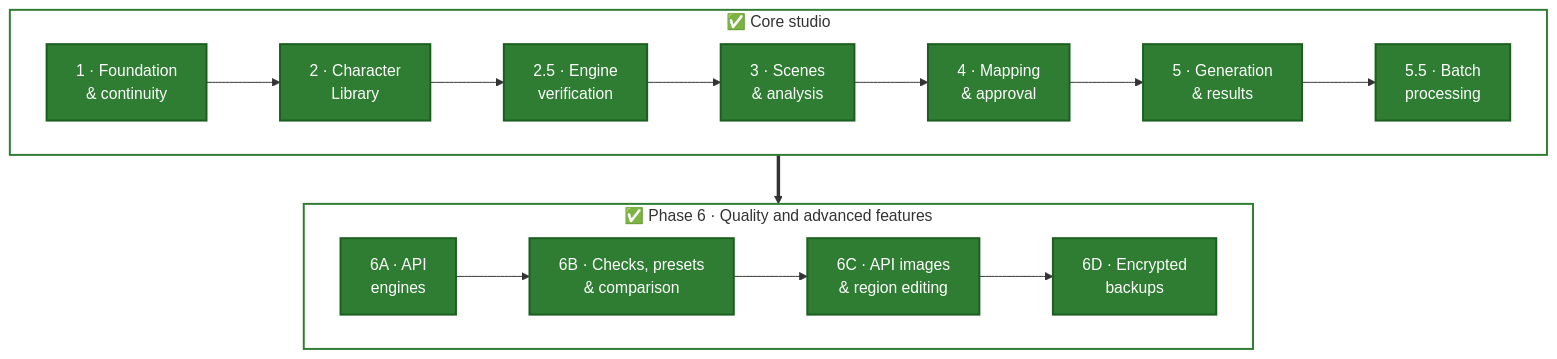
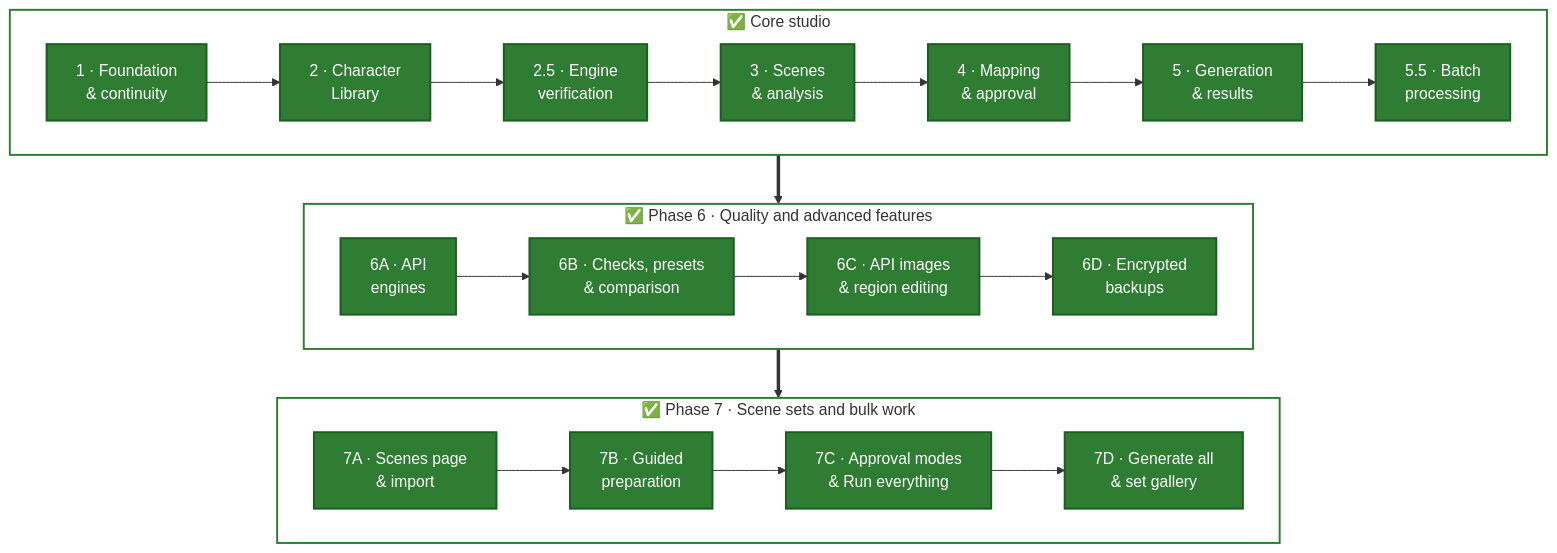
Before and after one commit to CyberSecurityChuck/Character-Studio: the third of 3 diagrams in README.md, drawn with Mermaid. The commit also changed other lines of this file and 6 other files, not shown here.

````diff
--- a/README.md
+++ b/README.md
@@ -236,19 +241,24 @@
 ```mermaid
 flowchart TB
     subgraph CORE["✅ Core studio"]
         direction LR
         P1["1 · Foundation<br/>& continuity"]:::done --> P2["2 · Character<br/>Library"]:::done --> P25["2.5 · Engine<br/>verification"]:::done --> P3["3 · Scenes<br/>& analysis"]:::done --> P4["4 · Mapping<br/>& approval"]:::done --> P5["5 · Generation<br/>& results"]:::done --> P55["5.5 · Batch<br/>processing"]:::done
     end
     subgraph SIX["✅ Phase 6 · Quality and advanced features"]
         direction LR
         P6A["6A · API<br/>engines"]:::done --> P6B["6B · Checks, presets<br/>& comparison"]:::done --> P6C["6C · API images<br/>& region editing"]:::done --> P6D["6D · Encrypted<br/>backups"]:::done
     end
-    CORE ==> SIX
+    subgraph SEVEN["✅ Phase 7 · Scene sets and bulk work"]
+        direction LR
+        P7A["7A · Scenes page<br/>& import"]:::done --> P7B["7B · Guided<br/>preparation"]:::done --> P7C["7C · Approval modes<br/>& Run everything"]:::done --> P7D["7D · Generate all<br/>& set gallery"]:::done
+    end
+    CORE ==> SIX ==> SEVEN
     style CORE fill:transparent,stroke:#2E7D32,stroke-width:2px
     style SIX fill:transparent,stroke:#2E7D32,stroke-width:2px
+    style SEVEN fill:transparent,stroke:#2E7D32,stroke-width:2px
 
     classDef done fill:#2E7D32,stroke:#1B5E20,color:#ffffff,stroke-width:2px
     classDef next fill:#F59E0B,stroke:#B45309,color:#1F1300,stroke-width:3px
     classDef planned fill:#5C6BC0,stroke:#3949AB,color:#ffffff,stroke-width:2px
     classDef later fill:#94A3B8,stroke:#475569,color:#0F172A,stroke-width:2px
 ```
````
